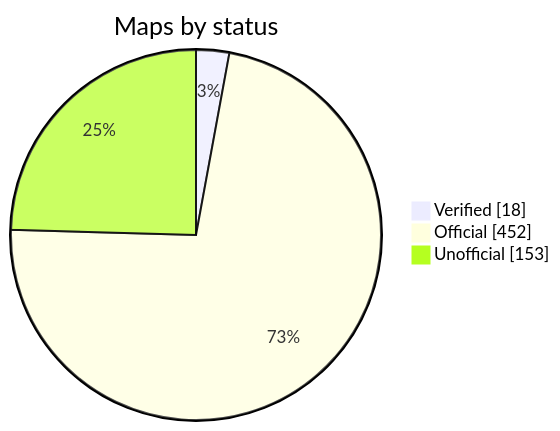
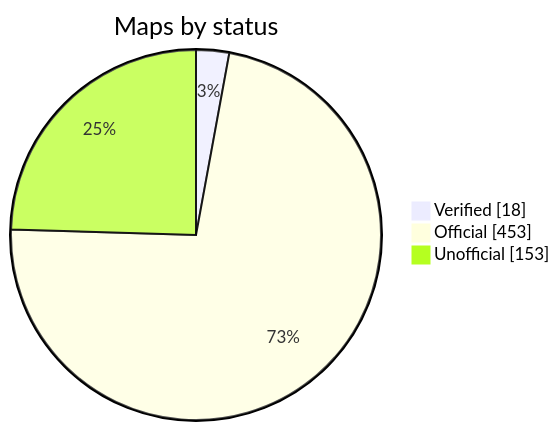
The diagram in README.md (nobrega8/mbmap-library), drawn with Mermaid before and after one commit. The commit also changed 6 other files, not shown here.

````diff
--- a/README.md
+++ b/README.md
@@ -52,7 +52,7 @@
 ```mermaid
 pie showData
     title Maps by status
     "Verified" : 18
-    "Official" : 452
+    "Official" : 453
     "Unofficial" : 153
 ```
````
